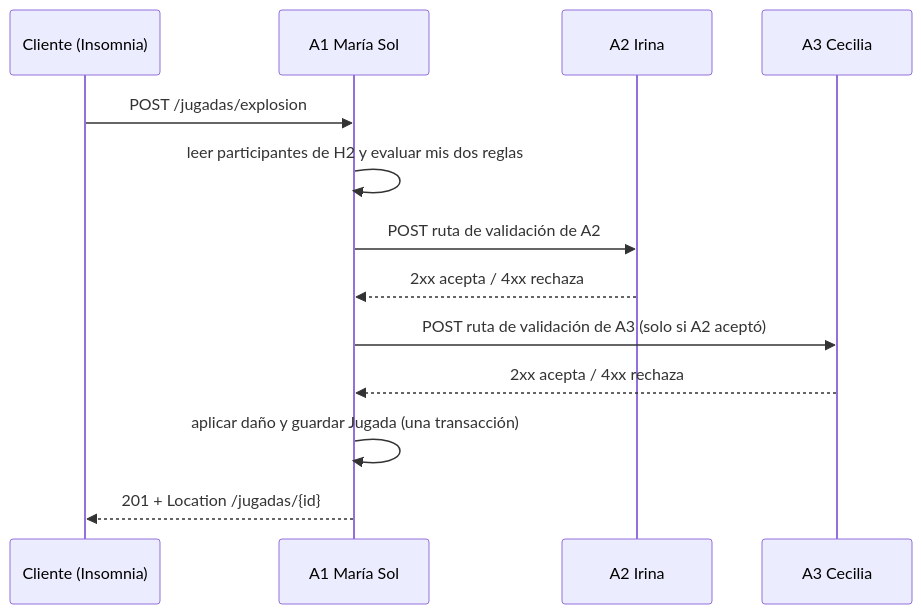
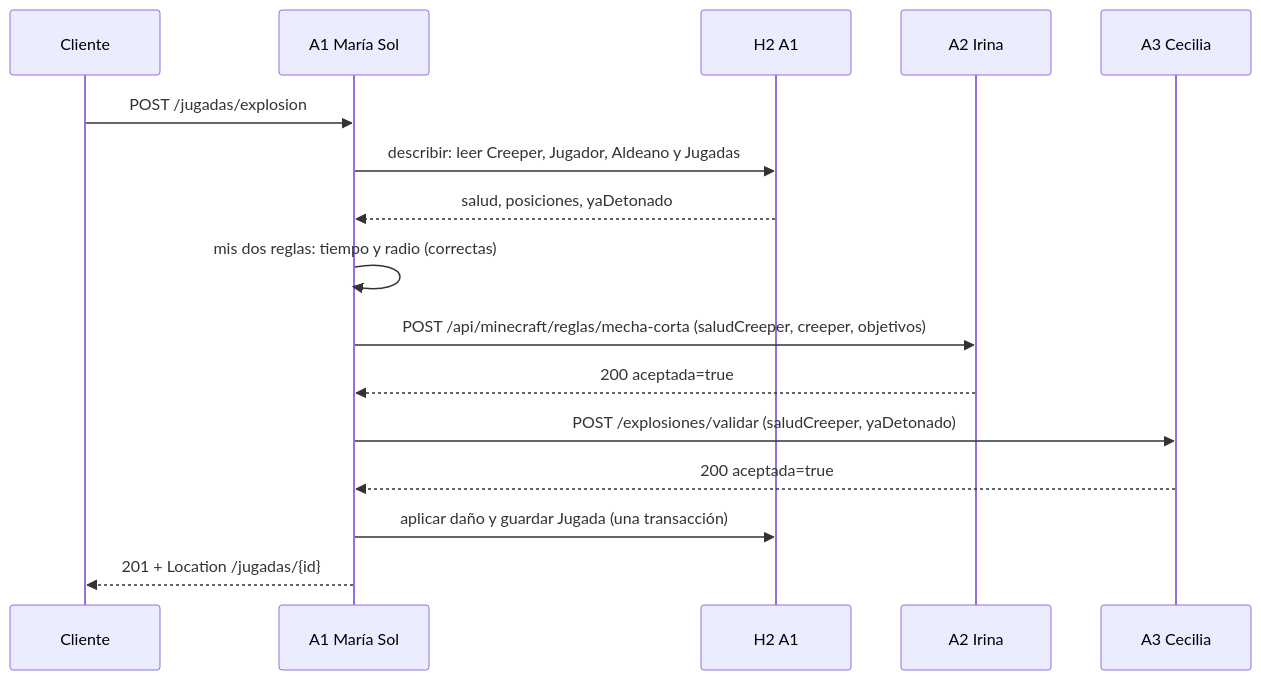
Before and after one commit to MariaSol45/msferreira-tplp3-2026: the first of 6 diagrams in README.md, drawn with Mermaid. The commit also changed other lines of this file and 15 other files, not shown here.

Commit message:
feat(poo-09): completar integracion de APIs cruzadas y diagramas Mermaid

````diff
--- a/README.md
+++ b/README.md
@@ -42,15 +59,18 @@
 ```mermaid
 sequenceDiagram
-    participant C as Cliente (Insomnia)
+    participant C as Cliente
     participant A1 as A1 María Sol
+    participant H2 as H2 A1
     participant A2 as A2 Irina
     participant A3 as A3 Cecilia
     C->>A1: POST /jugadas/explosion
-    A1->>A1: leer participantes de H2 y evaluar mis dos reglas
-    A1->>A2: POST ruta de validación de A2
-    A2-->>A1: 2xx acepta / 4xx rechaza
-    A1->>A3: POST ruta de validación de A3 (solo si A2 aceptó)
-    A3-->>A1: 2xx acepta / 4xx rechaza
-    A1->>A1: aplicar daño y guardar Jugada (una transacción)
+    A1->>H2: describir: leer Creeper, Jugador, Aldeano y Jugadas
+    H2-->>A1: salud, posiciones, yaDetonado
+    A1->>A1: mis dos reglas: tiempo y radio (correctas)
+    A1->>A2: POST /api/minecraft/reglas/mecha-corta (saludCreeper, creeper, objetivos)
+    A2-->>A1: 200 aceptada=true
+    A1->>A3: POST /explosiones/validar (saludCreeper, yaDetonado)
+    A3-->>A1: 200 aceptada=true
+    A1->>H2: aplicar daño y guardar Jugada (una transacción)
     A1-->>C: 201 + Location /jugadas/{id}
 ```
````
